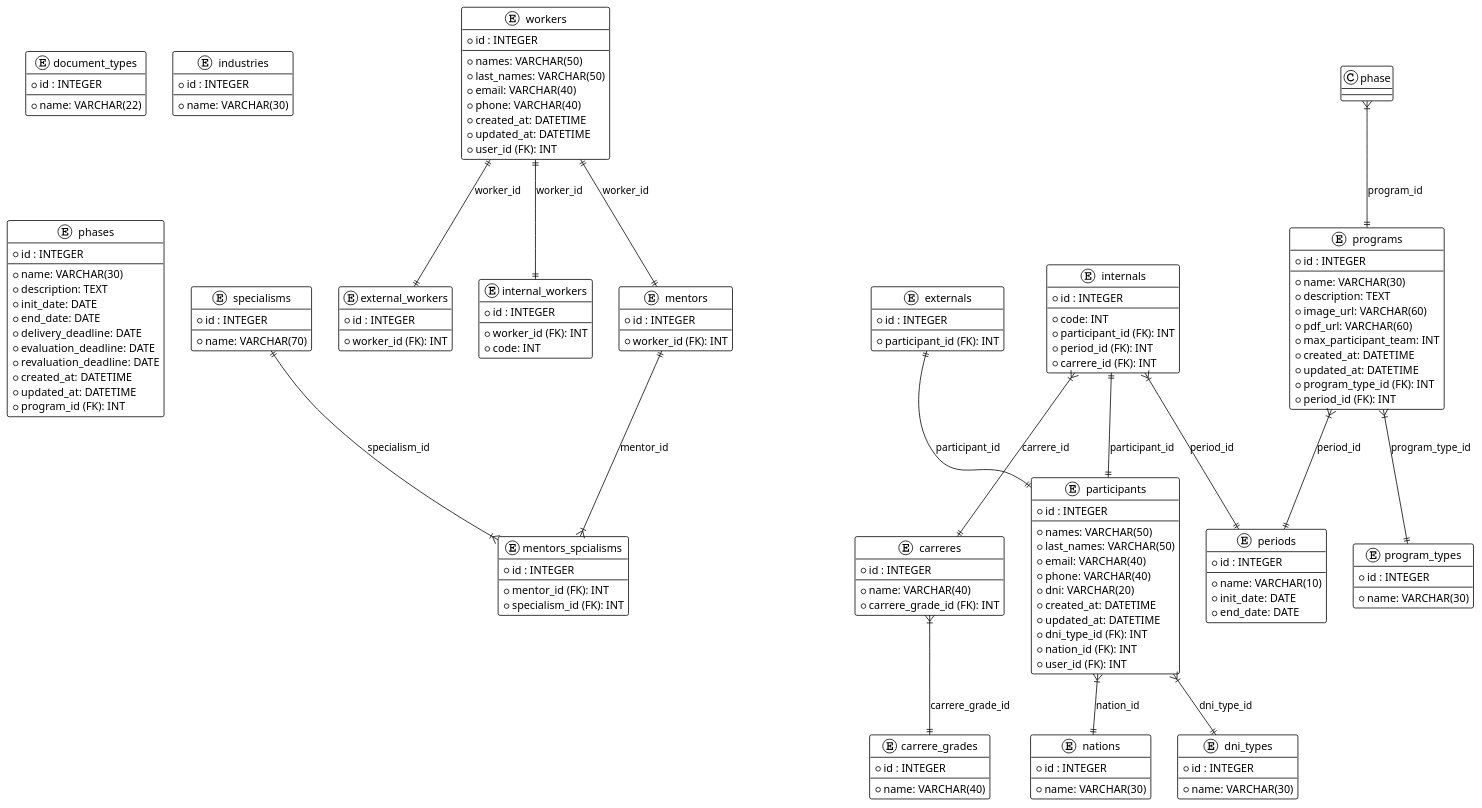
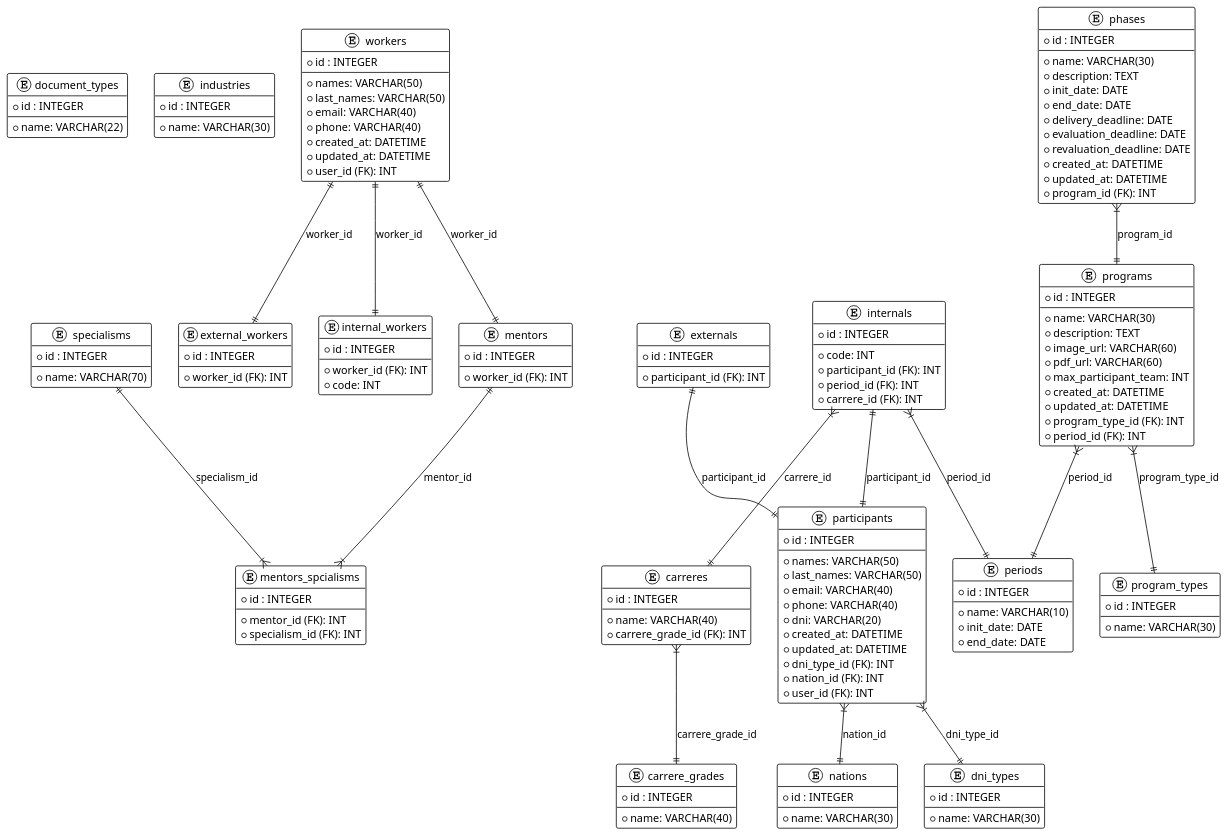
Before and after one commit to pepeul1191/flask-llm-rag-dbmate: the diagram in innova.puml, drawn with PlantUML. The commit also changed 5 other files, not shown here.

```diff
--- a/innova.puml
+++ b/innova.puml
@@ -1,175 +1,175 @@
 @startuml
 !theme plain
 
 entity "document_types" {
   * id : INTEGER
   --
   * name: VARCHAR(22)
 }
 
 entity "industries" {
   * id : INTEGER
   --
   * name: VARCHAR(30)
 }
 
 entity "specialisms" {
   * id : INTEGER
   --
   * name: VARCHAR(70)
 }
 
 entity "carrere_grades" {
   * id : INTEGER
   --
   * name: VARCHAR(40)
 }
 
 entity "carreres" {
   * id : INTEGER
   --
   * name: VARCHAR(40)
   * carrere_grade_id (FK): INT
 }
 
 entity "program_types" {
   * id : INTEGER
   --
   * name: VARCHAR(30)
 }
 
 entity "dni_types" {
   * id : INTEGER
   --
   * name: VARCHAR(30)
 }
 
 entity "nations" {
   * id : INTEGER
   --
   * name: VARCHAR(30)
 }
 
 entity "periods" {
   * id : INTEGER
   --
   * name: VARCHAR(10)
   * init_date: DATE
   * end_date: DATE
 }
 
 entity "programs" {
   * id : INTEGER
   --
   * name: VARCHAR(30)
   * description: TEXT
   * image_url: VARCHAR(60)
   * pdf_url: VARCHAR(60)
   * max_participant_team: INT
   * created_at: DATETIME
   * updated_at: DATETIME
   * program_type_id (FK): INT
   * period_id (FK): INT
 }
 
 entity "phases" {
   * id : INTEGER
   --
   * name: VARCHAR(30)
   * description: TEXT
   * init_date: DATE
   * end_date: DATE
   * delivery_deadline: DATE
   * evaluation_deadline: DATE
   * revaluation_deadline: DATE
   * created_at: DATETIME
   * updated_at: DATETIME
   * program_id (FK): INT
 }
 
 entity "participants" {
   * id : INTEGER
   --
   * names: VARCHAR(50)
   * last_names: VARCHAR(50)
   * email: VARCHAR(40)
   * phone: VARCHAR(40)
   * dni: VARCHAR(20)
   * created_at: DATETIME
   * updated_at: DATETIME
   * dni_type_id (FK): INT
   * nation_id (FK): INT
   * user_id (FK): INT
 }
 
 entity "internals" {
   * id : INTEGER
   --
   * code: INT
   * participant_id (FK): INT
   * period_id (FK): INT
   * carrere_id (FK): INT
 }
 
 entity "externals" {
   * id : INTEGER
   --
   * participant_id (FK): INT
 }
 
 entity "workers" {
   * id : INTEGER
   --
   * names: VARCHAR(50)
   * last_names: VARCHAR(50)
   * email: VARCHAR(40)
   * phone: VARCHAR(40)
   * created_at: DATETIME
   * updated_at: DATETIME
   * user_id (FK): INT
 }
 
 entity "external_workers" {
   * id : INTEGER
   --
   * worker_id (FK): INT
 }
 
 entity "internal_workers" {
   * id : INTEGER
   --
   * worker_id (FK): INT
   * code: INT
 }
 
 entity "mentors" {
   * id : INTEGER
   --
   * worker_id (FK): INT
 }
 
 entity "mentors_spcialisms"{
   * id : INTEGER
   --
   * mentor_id (FK): INT
   * specialism_id (FK): INT
 }
 
 programs }|--|| periods : period_id
 programs }|--|| program_types : program_type_id
-phase }|--|| programs : program_id
+phases }|--|| programs : program_id
 participants }|--|| dni_types : dni_type_id
 participants }|--|| nations : nation_id
 carreres }|--|| carrere_grades : carrere_grade_id
 internals }|--|| carreres : carrere_id
 internals }|--|| periods : period_id
 internals ||--|| participants : participant_id
 externals ||--|| participants : participant_id
 workers ||--|| internal_workers : worker_id
 workers ||--|| external_workers : worker_id
 workers ||--|| mentors : worker_id
 mentors ||--|{ mentors_spcialisms : mentor_id
 specialisms ||--|{ mentors_spcialisms : specialism_id
 }
 
 @enduml
```
